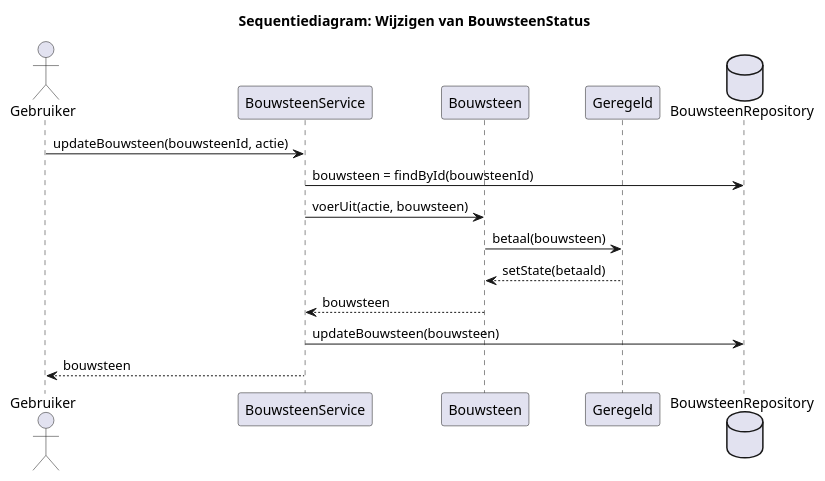
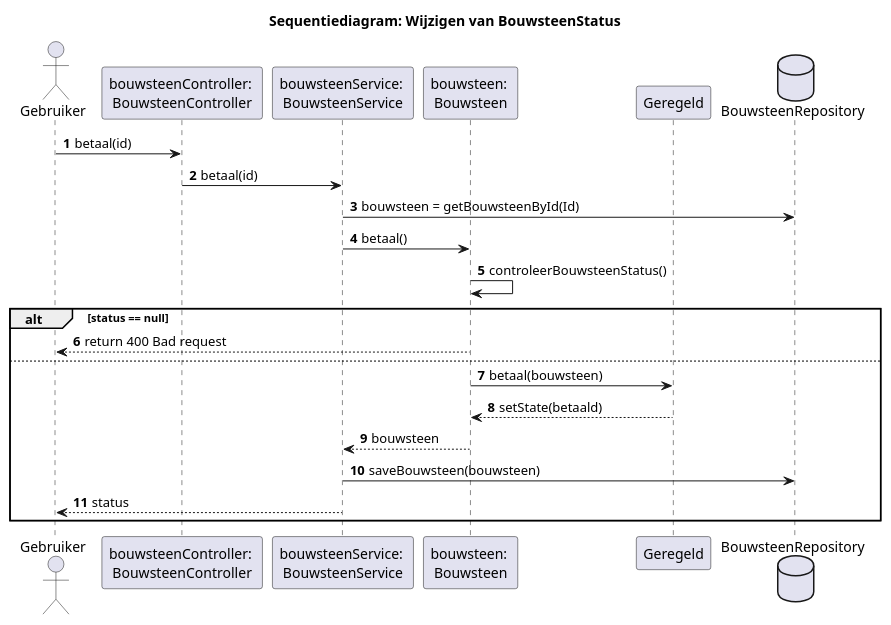
Before and after one commit to AIM-ENE-feb25/triptop-groep-1-met-third-wheel: the diagram in individueel/diagram/sequence/sequentieDiagram_Ninthe.puml, drawn with PlantUML. The commit also changed 4 other files, not shown here.

```diff
--- a/individueel/diagram/sequence/sequentieDiagram_Ninthe.puml
+++ b/individueel/diagram/sequence/sequentieDiagram_Ninthe.puml
@@ -1,19 +1,26 @@
 @startuml
 title Sequentiediagram: Wijzigen van BouwsteenStatus
-
+autonumber
 actor Gebruiker
-participant "BouwsteenService" as BsService
-participant "Bouwsteen" as Bs
+participant "bouwsteenController: \nBouwsteenController" as BsController
+participant "bouwsteenService: \nBouwsteenService" as BsService
+participant "bouwsteen: \nBouwsteen" as Bs
 participant "Geregeld" as BSSgeregeld
 database "BouwsteenRepository" as DB
 
-Gebruiker -> BsService: updateBouwsteen(bouwsteenId, actie)
-BsService -> DB: bouwsteen = findById(bouwsteenId)
-BsService -> Bs: voerUit(actie, bouwsteen)
+Gebruiker -> BsController: betaal(id)
+BsController -> BsService: betaal(id)
+BsService -> DB: bouwsteen = getBouwsteenById(Id)
+BsService -> Bs: betaal()
+Bs -> Bs :controleerBouwsteenStatus()
+alt status == null
+Bs --> Gebruiker: return 400 Bad request
+else
 Bs -> BSSgeregeld: betaal(bouwsteen)
 Bs <-- BSSgeregeld: setState(betaald)
 Bs --> BsService: bouwsteen
-BsService -> DB: updateBouwsteen(bouwsteen)
-BsService --> Gebruiker: bouwsteen
+BsService -> DB: saveBouwsteen(bouwsteen)
+BsService --> Gebruiker: status
+end
 
 @enduml
```
